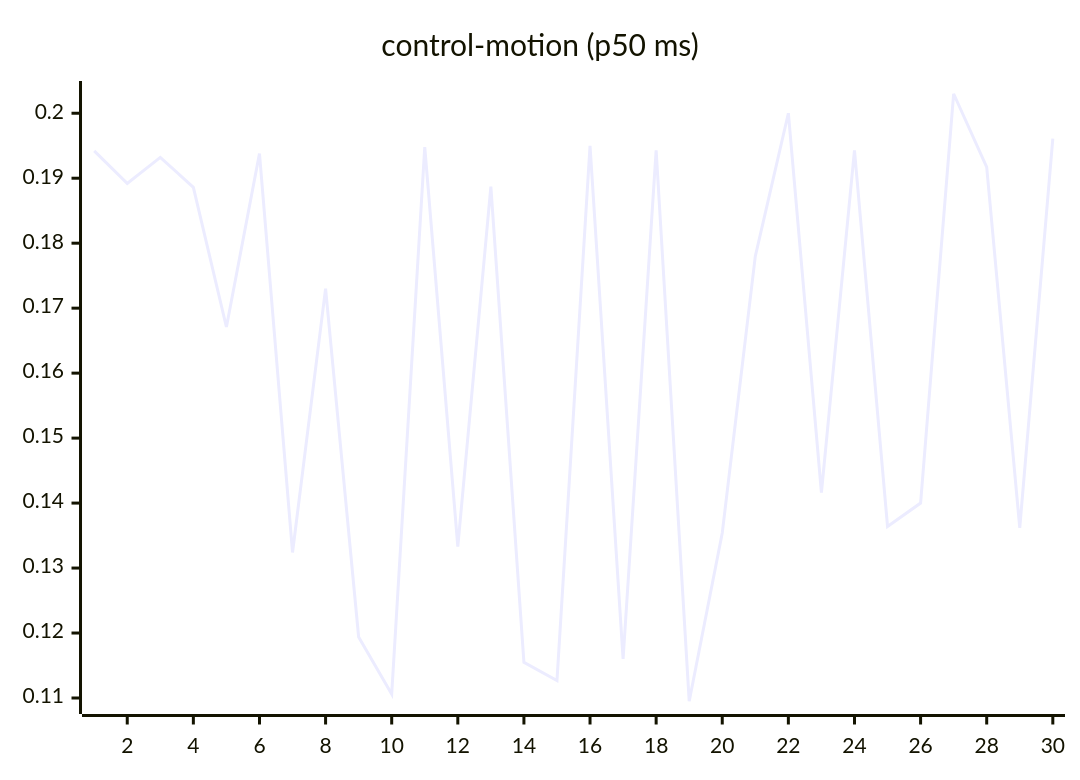
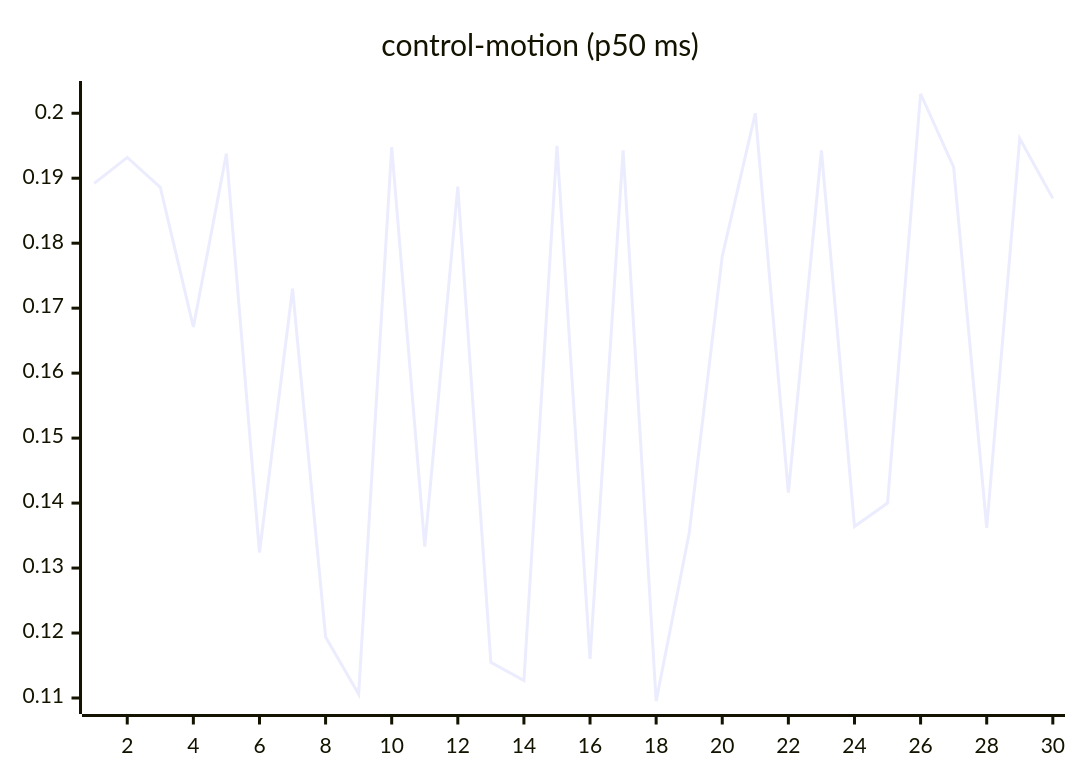
The seventh of 27 diagrams in README.md (josha/Facet), drawn with Mermaid before and after one commit. The commit also changed other lines of this file and 2 other files, not shown here.

````diff
--- a/README.md
+++ b/README.md
@@ -105,6 +105,6 @@
 ```mermaid
 xychart-beta
     title "control-motion (p50 ms)"
     x-axis 1 --> 30
-    line [0.1942, 0.1892, 0.1932, 0.1886, 0.1671, 0.1938, 0.1324, 0.1730, 0.1194, 0.1106, 0.1948, 0.1333, 0.1887, 0.1155, 0.1127, 0.1950, 0.1160, 0.1943, 0.1095, 0.1354, 0.1780, 0.2000, 0.1416, 0.1943, 0.1364, 0.1400, 0.2030, 0.1917, 0.1362, 0.1961]
+    line [0.1892, 0.1932, 0.1886, 0.1671, 0.1938, 0.1324, 0.1730, 0.1194, 0.1106, 0.1948, 0.1333, 0.1887, 0.1155, 0.1127, 0.1950, 0.1160, 0.1943, 0.1095, 0.1354, 0.1780, 0.2000, 0.1416, 0.1943, 0.1364, 0.1400, 0.2030, 0.1917, 0.1362, 0.1961, 0.1869]
 ```
````
